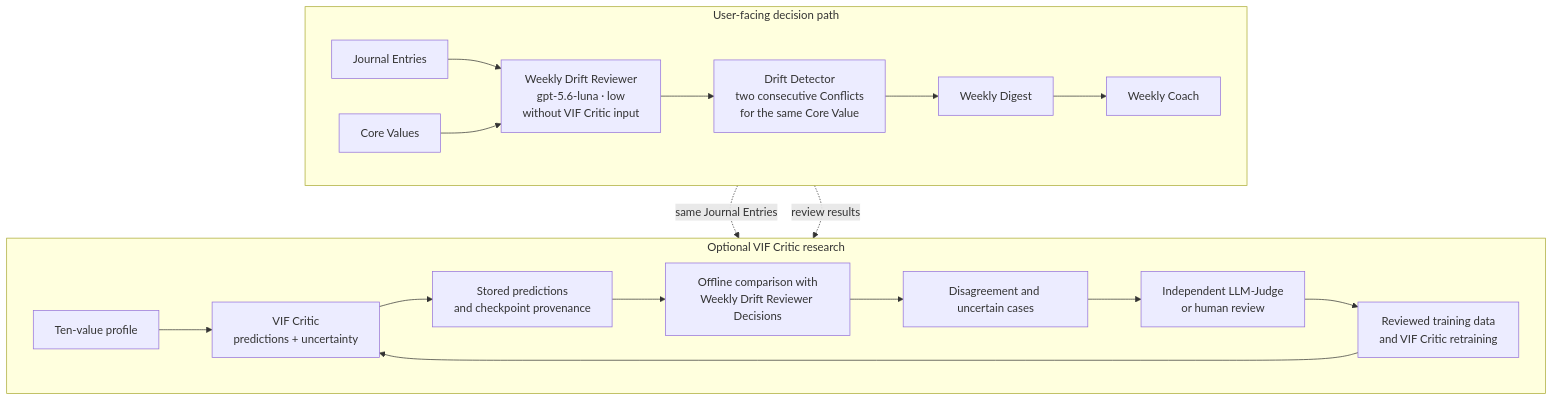
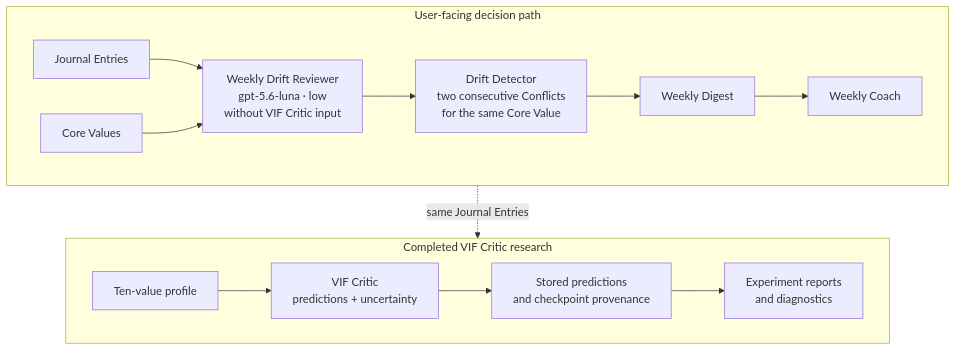
One commit to DesmondChoy/twinkl changed the diagram in docs/architecture/drift_detection.md. Above: the diagram before and after it, drawn with Mermaid. The commit also changed other lines of this file and 13 other files, not shown here.

````diff
--- a/docs/architecture/drift_detection.md
+++ b/docs/architecture/drift_detection.md
@@ -33,24 +35,19 @@
 ```mermaid
 flowchart TB
   subgraph USER["User-facing decision path"]
     direction LR
     JE["Journal Entries"] --> WDR["Weekly Drift Reviewer<br/>gpt-5.6-luna · low<br/>without VIF Critic input"]
     CV["Core Values"] --> WDR
     WDR --> DD["Drift Detector<br/>two consecutive Conflicts<br/>for the same Core Value"]
     DD --> WD["Weekly Digest"] --> WC["Weekly Coach"]
   end
 
-  subgraph LEARN["Optional VIF Critic research"]
+  subgraph LEARN["Completed VIF Critic research"]
     direction LR
     PROFILE["Ten-value profile"] --> VIF["VIF Critic<br/>predictions + uncertainty"]
     VIF --> STORE["Stored predictions<br/>and checkpoint provenance"]
-    STORE --> COMPARE["Offline comparison with<br/>Weekly Drift Reviewer Decisions"]
-    COMPARE --> CASES["Disagreement and uncertain cases"]
-    CASES --> REVIEW["Independent LLM-Judge<br/>or human review"]
-    REVIEW --> TRAIN["Reviewed training data<br/>and VIF Critic retraining"]
-    TRAIN --> VIF
+    STORE --> REPORTS["Experiment reports<br/>and diagnostics"]
   end
 
   JE -. "same Journal Entries" .-> VIF
-  WDR -. "review results" .-> COMPARE
 ```
````
